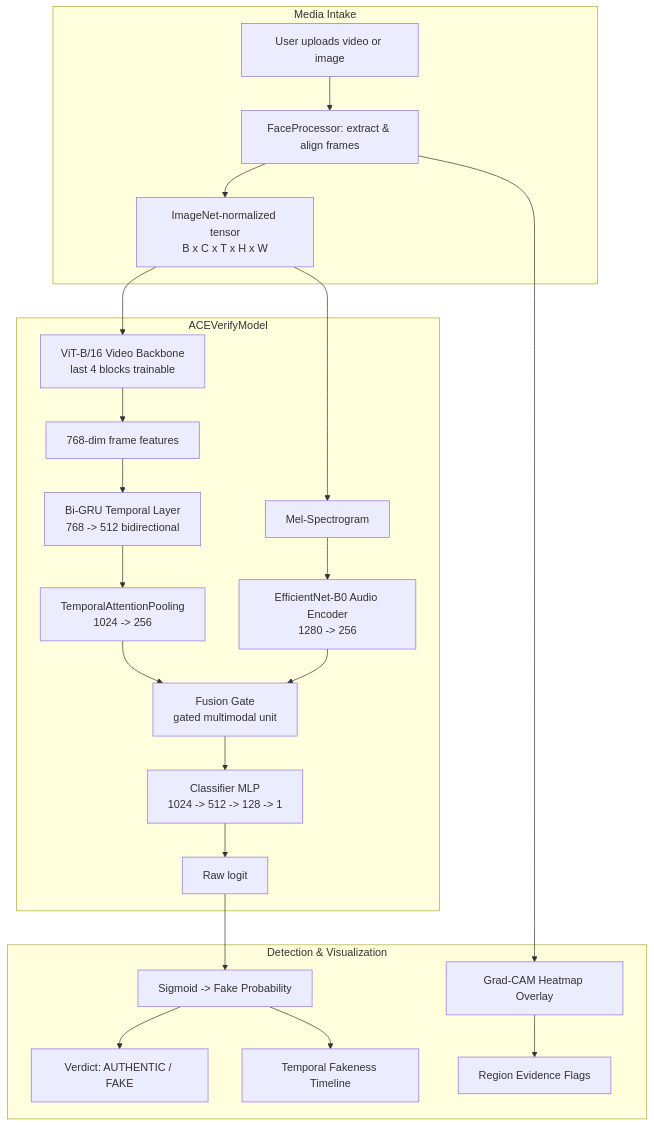
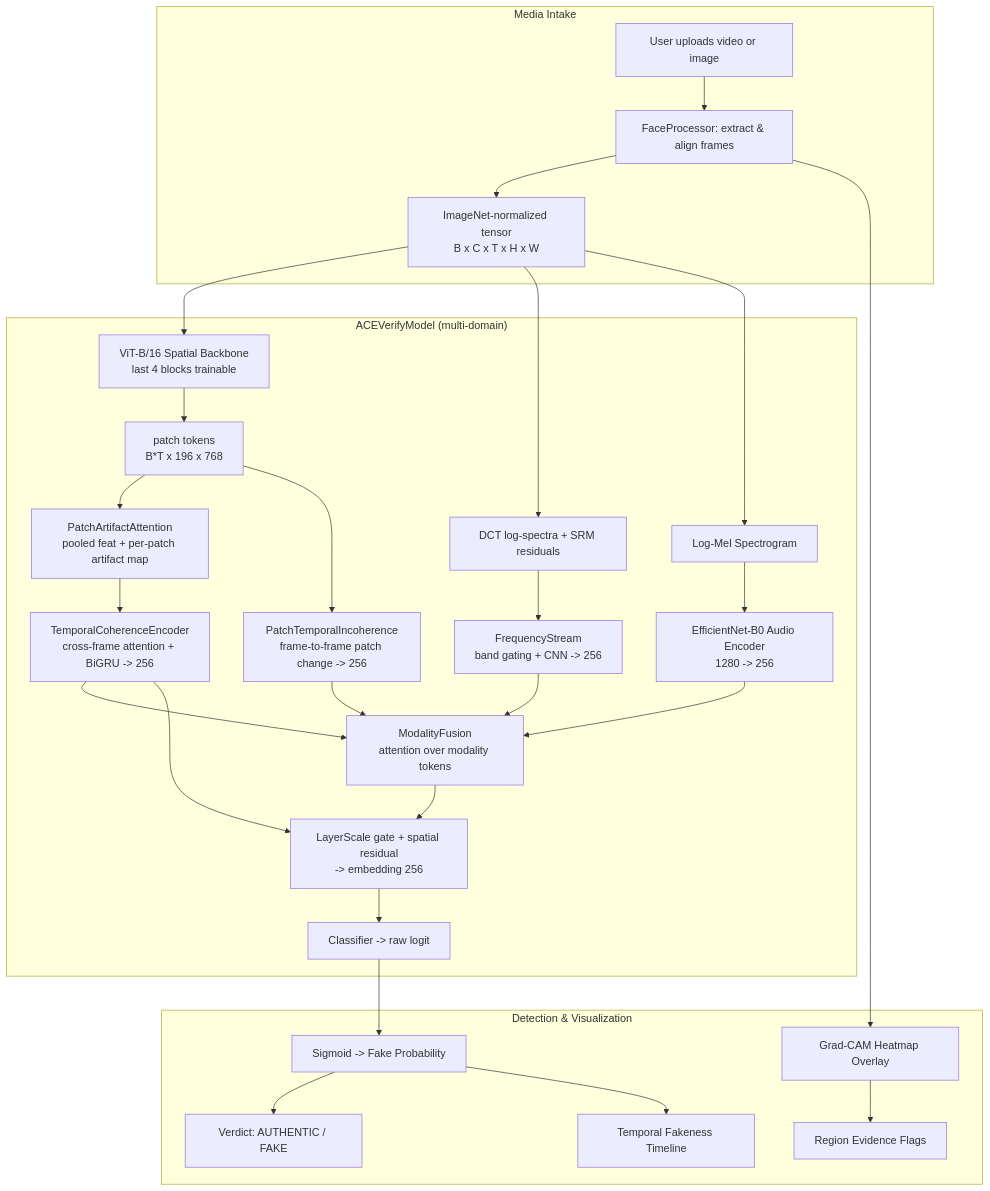
Before and after one commit to AB-at-UCR/ACE.verify: the diagram in README.md, drawn with Mermaid. The commit also changed other lines of this file and 20 other files, not shown here.

````diff
--- a/README.md
+++ b/README.md
@@ -52,29 +52,35 @@
 ```mermaid
 flowchart TD
     subgraph Upload["Media Intake"]
         A["User uploads video or image"] --> B["FaceProcessor: extract & align frames"]
         B --> C["ImageNet-normalized tensor<br/>B x C x T x H x W"]
     end
 
-    subgraph Model["ACEVerifyModel"]
-        D["ViT-B/16 Video Backbone<br/>last 4 blocks trainable"] --> E["768-dim frame features"]
-        E --> F["Bi-GRU Temporal Layer<br/>768 -> 512 bidirectional"]
-        F --> G["TemporalAttentionPooling<br/>1024 -> 256"]
-        H["Mel-Spectrogram"] --> I["EfficientNet-B0 Audio Encoder<br/>1280 -> 256"]
-        G --> J["Fusion Gate<br/>gated multimodal unit"]
+    subgraph Model["ACEVerifyModel (multi-domain)"]
+        D["ViT-B/16 Spatial Backbone<br/>last 4 blocks trainable"] --> E["patch tokens<br/>B*T x 196 x 768"]
+        E --> E2["PatchArtifactAttention<br/>pooled feat + per-patch artifact map"]
+        E2 --> G["TemporalCoherenceEncoder<br/>cross-frame attention + BiGRU -> 256"]
+        E --> R["PatchTemporalIncoherence<br/>frame-to-frame patch change -> 256"]
+        C2["DCT log-spectra + SRM residuals"] --> S["FrequencyStream<br/>band gating + CNN -> 256"]
+        H["Log-Mel Spectrogram"] --> I["EfficientNet-B0 Audio Encoder<br/>1280 -> 256"]
+        G --> J["ModalityFusion<br/>attention over modality tokens"]
+        R --> J
+        S --> J
         I --> J
-        J --> K["Classifier MLP<br/>1024 -> 512 -> 128 -> 1"]
-        K --> L["Raw logit"]
+        J --> K["LayerScale gate + spatial residual<br/>-> embedding 256"]
+        G --> K
+        K --> L["Classifier -> raw logit"]
     end
 
     subgraph Output["Detection & Visualization"]
         L --> M["Sigmoid -> Fake Probability"]
         M --> N["Verdict: AUTHENTIC / FAKE"]
         B --> O["Grad-CAM Heatmap Overlay"]
         M --> P["Temporal Fakeness Timeline"]
         O --> Q["Region Evidence Flags"]
     end
 
     C --> D
+    C --> C2
     C --> H
 ```
````
